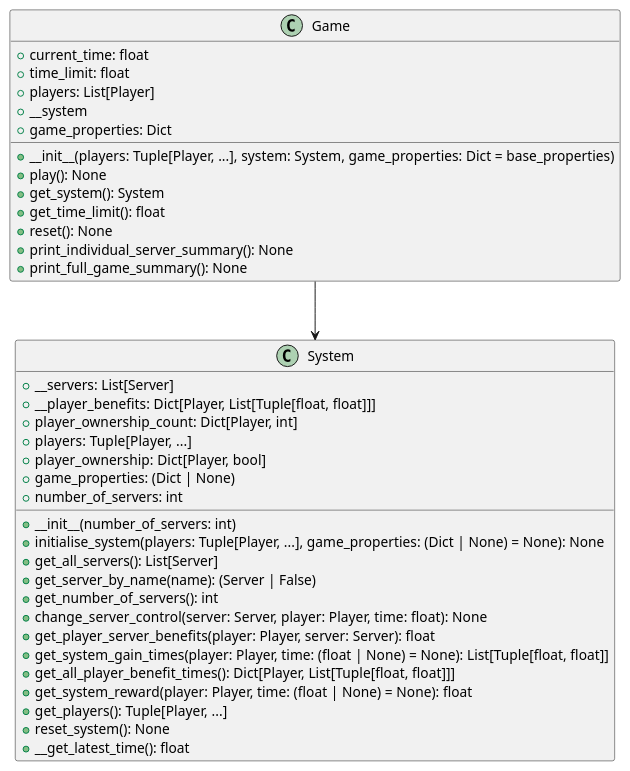
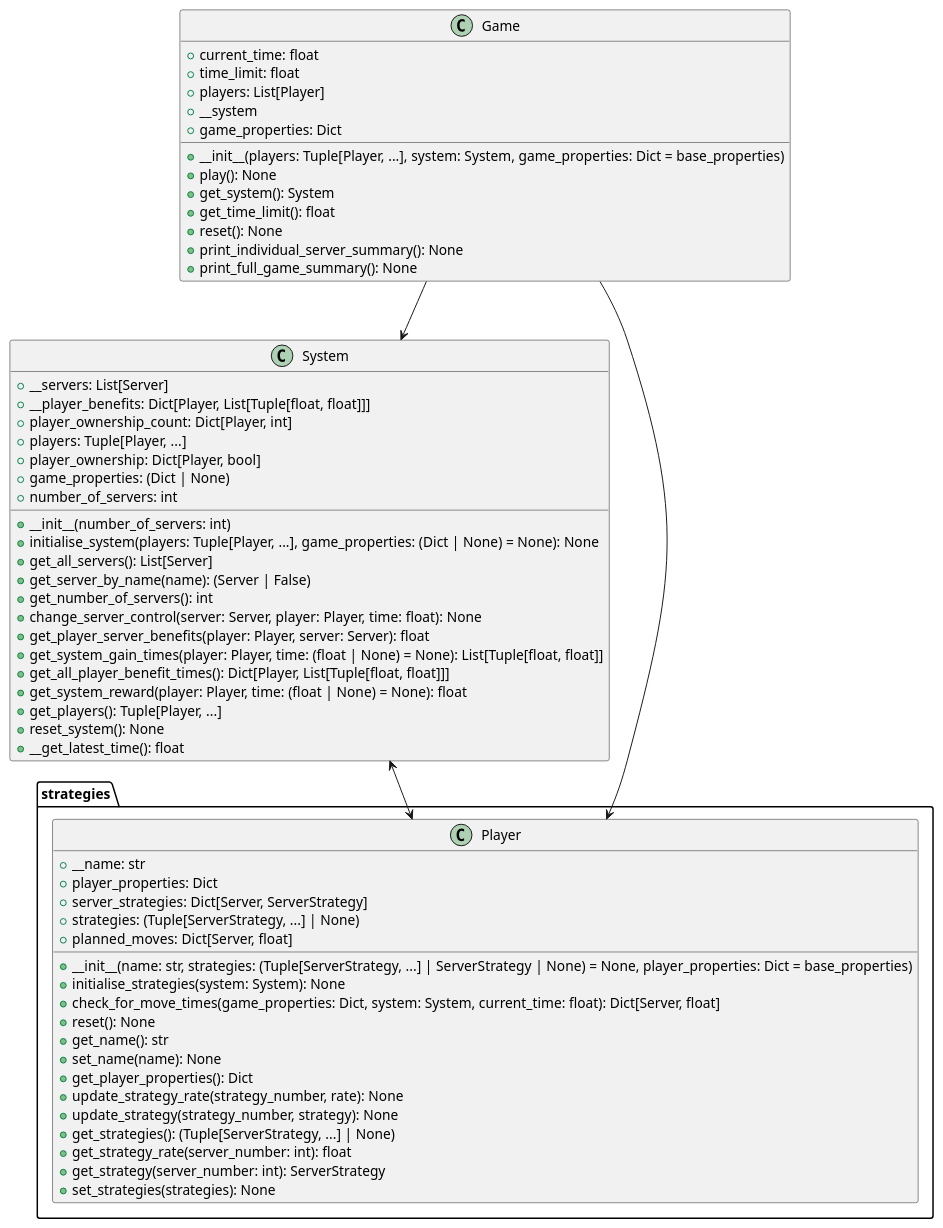
The diagram in DOCS/class-diagram.puml (ruipimentel/FlipThem-Simulation), drawn with PlantUML before and after one commit. The commit also changed 1 other file, not shown here.

Commit message:
Increments documentation on `Player` class.

```diff
--- a/DOCS/class-diagram.puml
+++ b/DOCS/class-diagram.puml
@@ -1,43 +1,70 @@
 @startuml "class-diagram"
 
 class Game {
   + {field} current_time: float
   + {field} time_limit: float
   + {field} players: List[Player]
   + {field} __system
   + {field} game_properties: Dict
   + __init__(players: Tuple[Player, ...], system: System, game_properties: Dict = base_properties)
   + play(): None
   + get_system(): System
   + get_time_limit(): float
   + reset(): None
   + print_individual_server_summary(): None
   + print_full_game_summary(): None
 }
 
 class System {
   + {field} __servers: List[Server]
   + {field} __player_benefits: Dict[Player, List[Tuple[float, float]]]
   + {field} player_ownership_count: Dict[Player, int]
   + {field} players: Tuple[Player, ...]
   + {field} player_ownership: Dict[Player, bool]
   + {field} game_properties: (Dict | None)
   + {field} number_of_servers: int
   + __init__(number_of_servers: int)
   + initialise_system(players: Tuple[Player, ...], game_properties: (Dict | None) = None): None
   + get_all_servers(): List[Server]
   + get_server_by_name(name): (Server | False)
   + get_number_of_servers(): int
   + change_server_control(server: Server, player: Player, time: float): None
   + get_player_server_benefits(player: Player, server: Server): float
   + get_system_gain_times(player: Player, time: (float | None) = None): List[Tuple[float, float]]
   + get_all_player_benefit_times(): Dict[Player, List[Tuple[float, float]]]
   + get_system_reward(player: Player, time: (float | None) = None): float
   + get_players(): Tuple[Player, ...]
   + reset_system(): None
   + __get_latest_time(): float
 }
 
+namespace strategies {
+
+  class Player {
+    + {field} __name: str
+    + {field} player_properties: Dict
+    + {field} server_strategies: Dict[Server, ServerStrategy]
+    + {field} strategies: (Tuple[ServerStrategy, ...] | None)
+    + {field} planned_moves: Dict[Server, float]
+    + __init__(name: str, strategies: (Tuple[ServerStrategy, ...] | ServerStrategy | None) = None, player_properties: Dict = base_properties)
+    + initialise_strategies(system: System): None
+    + check_for_move_times(game_properties: Dict, system: System, current_time: float): Dict[Server, float]
+    + reset(): None
+    + get_name(): str
+    + set_name(name): None
+    + get_player_properties(): Dict
+    + update_strategy_rate(strategy_number, rate): None
+    + update_strategy(strategy_number, strategy): None
+    + get_strategies(): (Tuple[ServerStrategy, ...] | None)
+    + get_strategy_rate(server_number: int): float
+    + get_strategy(server_number: int): ServerStrategy
+    + set_strategies(strategies): None
+  }
+
+}
+
 Game --> System
+Game --> strategies.Player
+System <--> strategies.Player
 
 @enduml
```
